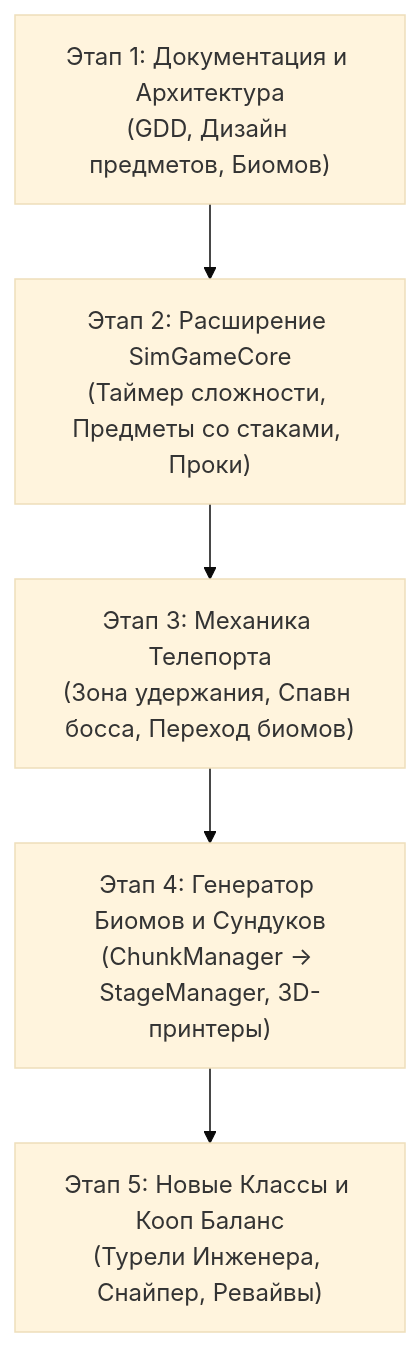
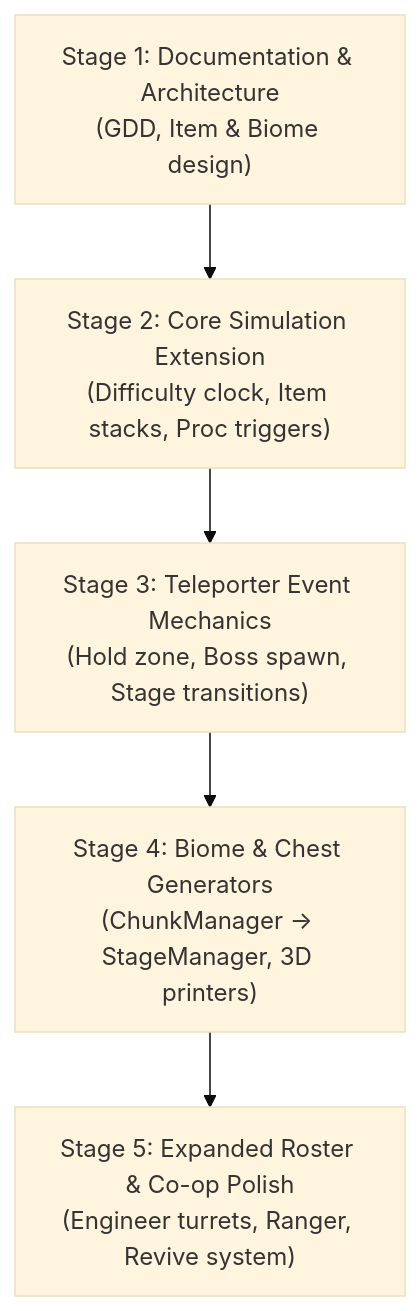
One commit to oneruit/roguelike-coop-game changed the third of 3 diagrams in docs/GAME_DESIGN.md. Above: the diagram before and after it, drawn with Mermaid (base theme). The commit also changed other lines of this file and 29 other files, not shown here.

````diff
--- a/docs/GAME_DESIGN.md
+++ b/docs/GAME_DESIGN.md
@@ -300,7 +299,7 @@
 ```mermaid
 flowchart TD
-    M1["Этап 1: Документация и Архитектура<br/>(GDD, Дизайн предметов, Биомов)"] --> M2["Этап 2: Расширение SimGameCore<br/>(Таймер сложности, Предметы со стаками, Проки)"]
-    M2 --> M3["Этап 3: Механика Телепорта<br/>(Зона удержания, Спавн босса, Переход биомов)"]
-    M3 --> M4["Этап 4: Генератор Биомов и Сундуков<br/>(ChunkManager -> StageManager, 3D-принтеры)"]
-    M4 --> M5["Этап 5: Новые Классы и Кооп Баланс<br/>(Турели Инженера, Снайпер, Ревайвы)"]
+    M1["Stage 1: Documentation & Architecture<br/>(GDD, Item & Biome design)"] --> M2["Stage 2: Core Simulation Extension<br/>(Difficulty clock, Item stacks, Proc triggers)"]
+    M2 --> M3["Stage 3: Teleporter Event Mechanics<br/>(Hold zone, Boss spawn, Stage transitions)"]
+    M3 --> M4["Stage 4: Biome & Chest Generators<br/>(ChunkManager -> StageManager, 3D printers)"]
+    M4 --> M5["Stage 5: Expanded Roster & Co-op Polish<br/>(Engineer turrets, Ranger, Revive system)"]
 ```
````
